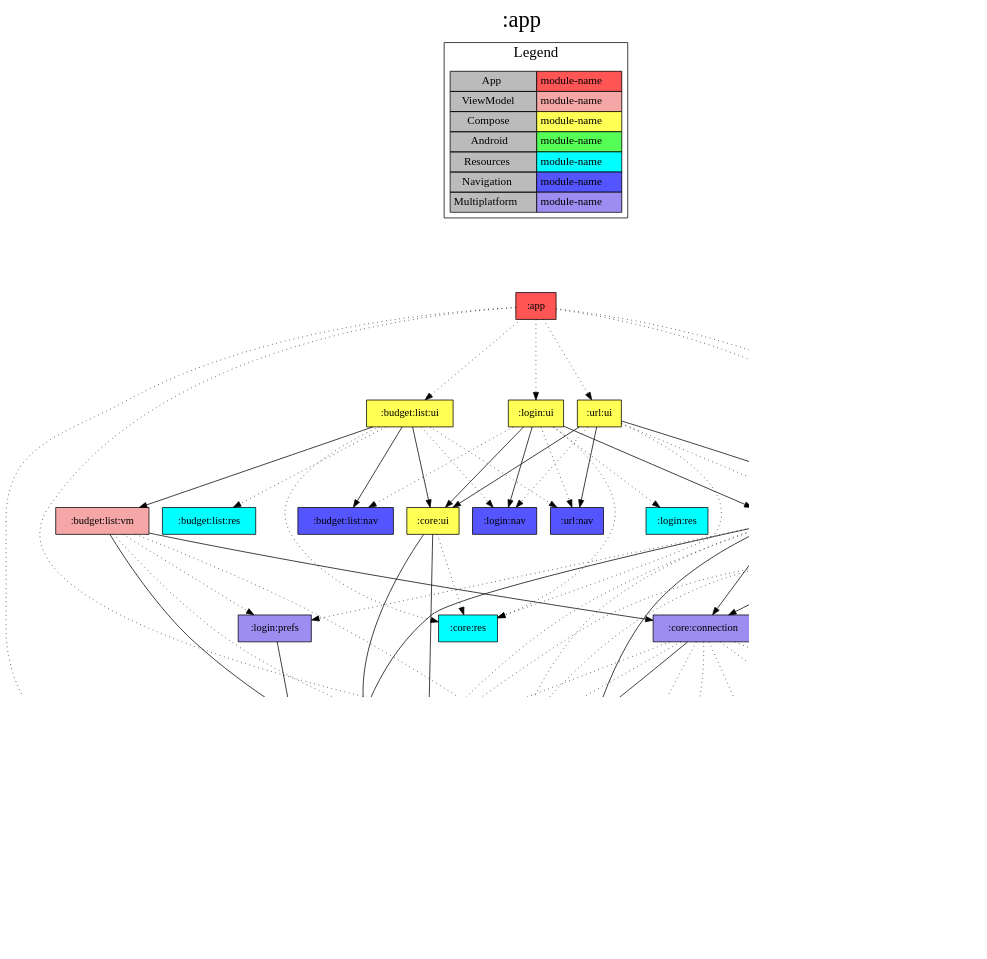
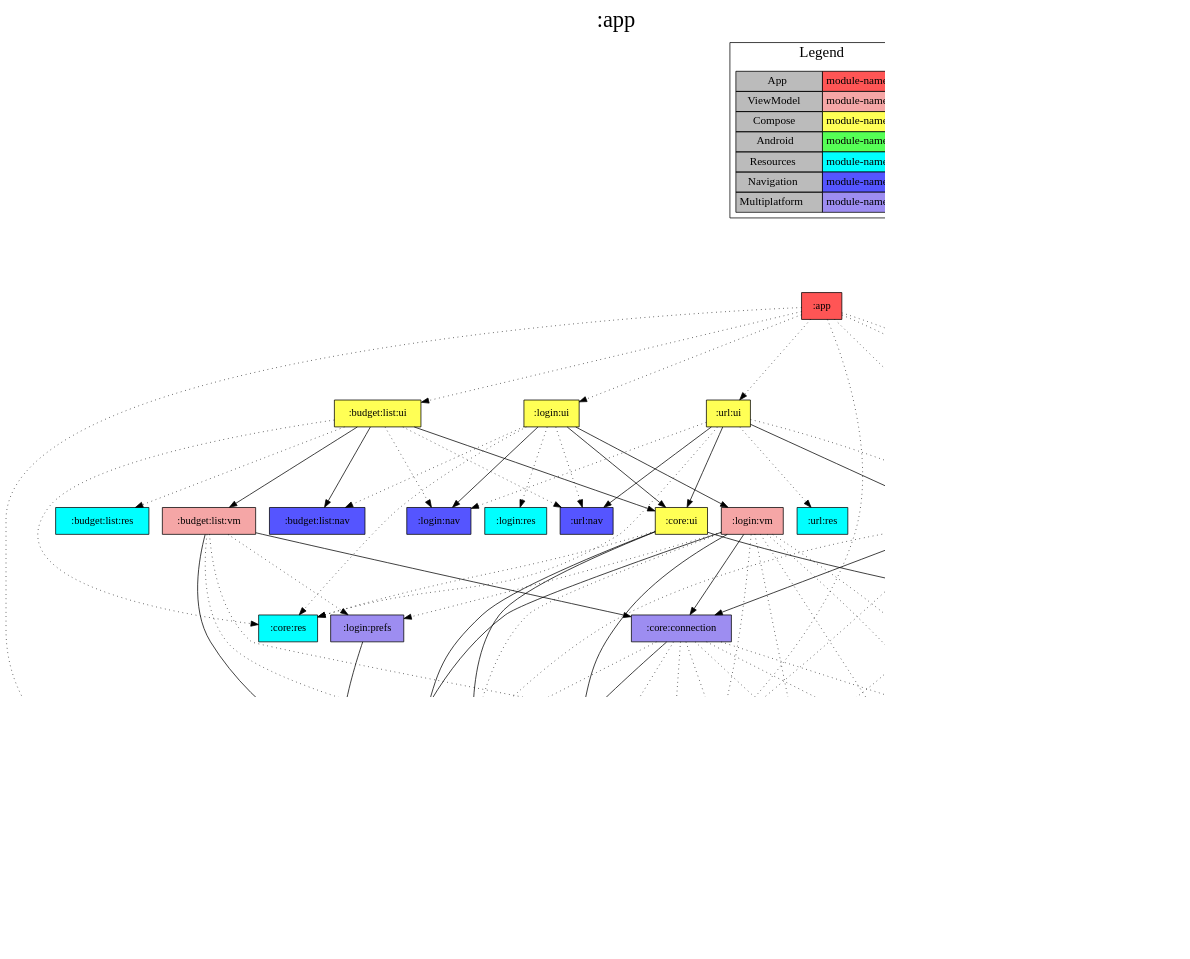
The diagram in app/project-dependency-graph.dot (jonapoul/aktual), drawn with Graphviz before and after one commit. The commit also changed 36 other files, not shown here.

```diff
--- a/app/project-dependency-graph.dot
+++ b/app/project-dependency-graph.dot
@@ -1,119 +1,124 @@
 digraph {
 edge ["dir"="forward"]
 graph ["dpi"="100","label"=":app","labelloc"="t","fontsize"="30","ranksep"="1.5","rankdir"="TB"]
 node ["style"="filled"]
 ":app" ["shape"="box","fillcolor"="#FF5555"]
 ":budget:list:ui" ["fillcolor"="#FFFF55","shape"="box"]
 ":budget:list:nav" ["fillcolor"="#5555FF","shape"="box"]
 ":budget:list:vm" ["fillcolor"="#F5A6A6","shape"="box"]
 ":core:connection" ["fillcolor"="#9D8DF1","shape"="box"]
 ":core:buildconfig" ["fillcolor"="#9D8DF1","shape"="box"]
 ":api:client" ["fillcolor"="#9D8DF1","shape"="box"]
 ":api:model" ["fillcolor"="#9D8DF1","shape"="box"]
 ":login:model" ["fillcolor"="#9D8DF1","shape"="box"]
 ":url:model" ["fillcolor"="#9D8DF1","shape"="box"]
 ":api:json" ["fillcolor"="#9D8DF1","shape"="box"]
 ":core:coroutines" ["fillcolor"="#9D8DF1","shape"="box"]
 ":core:log" ["fillcolor"="#9D8DF1","shape"="box"]
 ":core:versions" ["fillcolor"="#9D8DF1","shape"="box"]
 ":url:prefs" ["fillcolor"="#9D8DF1","shape"="box"]
 ":login:prefs" ["fillcolor"="#9D8DF1","shape"="box"]
 ":core:ui" ["fillcolor"="#FFFF55","shape"="box"]
+":core:colorscheme" ["fillcolor"="#9D8DF1","shape"="box"]
 ":core:res" ["fillcolor"="#00FFFF","shape"="box"]
 ":budget:list:res" ["fillcolor"="#00FFFF","shape"="box"]
 ":login:nav" ["fillcolor"="#5555FF","shape"="box"]
 ":url:nav" ["fillcolor"="#5555FF","shape"="box"]
 ":login:ui" ["fillcolor"="#FFFF55","shape"="box"]
 ":login:vm" ["fillcolor"="#F5A6A6","shape"="box"]
 ":login:res" ["fillcolor"="#00FFFF","shape"="box"]
 ":url:ui" ["fillcolor"="#FFFF55","shape"="box"]
 ":url:vm" ["fillcolor"="#F5A6A6","shape"="box"]
 ":url:res" ["fillcolor"="#00FFFF","shape"="box"]
 {
 edge ["dir"="none"]
 graph ["rank"="same"]
 ":app"
 }
 ":app" -> ":budget:list:ui" ["style"="dotted"]
 ":app" -> ":core:buildconfig" ["style"="dotted"]
+":app" -> ":core:colorscheme" ["style"="dotted"]
 ":app" -> ":core:coroutines" ["style"="dotted"]
 ":app" -> ":core:log" ["style"="dotted"]
 ":app" -> ":login:ui" ["style"="dotted"]
 ":app" -> ":url:prefs" ["style"="dotted"]
 ":app" -> ":url:ui" ["style"="dotted"]
 ":budget:list:ui" -> ":budget:list:nav"
 ":budget:list:ui" -> ":budget:list:vm"
 ":budget:list:ui" -> ":core:ui"
 ":budget:list:ui" -> ":budget:list:res" ["style"="dotted"]
 ":budget:list:ui" -> ":core:res" ["style"="dotted"]
 ":budget:list:ui" -> ":login:nav" ["style"="dotted"]
 ":budget:list:ui" -> ":url:nav" ["style"="dotted"]
 ":budget:list:vm" -> ":core:connection"
 ":budget:list:vm" -> ":url:model"
 ":budget:list:vm" -> ":core:versions" ["style"="dotted"]
 ":budget:list:vm" -> ":login:prefs" ["style"="dotted"]
 ":budget:list:vm" -> ":url:prefs" ["style"="dotted"]
 ":core:connection" -> ":core:buildconfig"
 ":core:connection" -> ":api:client" ["style"="dotted"]
 ":core:connection" -> ":api:json" ["style"="dotted"]
 ":core:connection" -> ":core:coroutines" ["style"="dotted"]
 ":core:connection" -> ":core:log" ["style"="dotted"]
 ":core:connection" -> ":core:versions" ["style"="dotted"]
 ":core:connection" -> ":url:model" ["style"="dotted"]
 ":core:connection" -> ":url:prefs" ["style"="dotted"]
 ":api:client" -> ":api:model"
 ":api:client" -> ":url:model"
 ":api:model" -> ":login:model"
 ":core:versions" -> ":core:buildconfig"
 ":url:prefs" -> ":url:model"
 ":login:prefs" -> ":login:model"
+":core:ui" -> ":core:colorscheme"
 ":core:ui" -> ":core:versions"
 ":core:ui" -> ":url:model"
 ":core:ui" -> ":core:res" ["style"="dotted"]
 ":login:ui" -> ":core:ui"
 ":login:ui" -> ":login:nav"
 ":login:ui" -> ":login:vm"
 ":login:ui" -> ":budget:list:nav" ["style"="dotted"]
 ":login:ui" -> ":core:res" ["style"="dotted"]
 ":login:ui" -> ":login:res" ["style"="dotted"]
 ":login:ui" -> ":url:nav" ["style"="dotted"]
 ":login:vm" -> ":core:connection"
 ":login:vm" -> ":login:model"
 ":login:vm" -> ":url:model"
 ":login:vm" -> ":api:client" ["style"="dotted"]
 ":login:vm" -> ":api:model" ["style"="dotted"]
 ":login:vm" -> ":core:coroutines" ["style"="dotted"]
 ":login:vm" -> ":core:log" ["style"="dotted"]
 ":login:vm" -> ":core:versions" ["style"="dotted"]
 ":login:vm" -> ":login:prefs" ["style"="dotted"]
 ":login:vm" -> ":url:prefs" ["style"="dotted"]
 ":url:ui" -> ":core:ui"
 ":url:ui" -> ":url:nav"
 ":url:ui" -> ":url:vm"
+":url:ui" -> ":core:colorscheme" ["style"="dotted"]
 ":url:ui" -> ":core:res" ["style"="dotted"]
 ":url:ui" -> ":login:nav" ["style"="dotted"]
 ":url:ui" -> ":url:res" ["style"="dotted"]
 ":url:vm" -> ":core:connection"
 ":url:vm" -> ":url:model"
 ":url:vm" -> ":api:client" ["style"="dotted"]
 ":url:vm" -> ":api:model" ["style"="dotted"]
+":url:vm" -> ":core:colorscheme" ["style"="dotted"]
 ":url:vm" -> ":core:coroutines" ["style"="dotted"]
 ":url:vm" -> ":core:log" ["style"="dotted"]
 ":url:vm" -> ":core:versions" ["style"="dotted"]
 ":url:vm" -> ":url:prefs" ["style"="dotted"]
 subgraph "cluster_legend" {
 edge ["dir"="none"]
 graph ["label"="Legend","fontsize"="20"]
 "Legend" ["style"="filled","fillcolor"="#bbbbbb","shape"="none","margin"="0","fontsize"="15","label"=<
 <TABLE BORDER="0" CELLBORDER="1" CELLSPACING="0" CELLPADDING="4">
 <TR><TD>App</TD><TD BGCOLOR="#FF5555">module-name</TD></TR>
 <TR><TD>ViewModel</TD><TD BGCOLOR="#F5A6A6">module-name</TD></TR>
 <TR><TD>Compose</TD><TD BGCOLOR="#FFFF55">module-name</TD></TR>
 <TR><TD>Android</TD><TD BGCOLOR="#55FF55">module-name</TD></TR>
 <TR><TD>Resources</TD><TD BGCOLOR="#00FFFF">module-name</TD></TR>
 <TR><TD>Navigation</TD><TD BGCOLOR="#5555FF">module-name</TD></TR>
 <TR><TD>Multiplatform</TD><TD BGCOLOR="#9D8DF1">module-name</TD></TR>
 </TABLE>
 >]
 } -> ":app" ["style"="invis"]
 }
```
